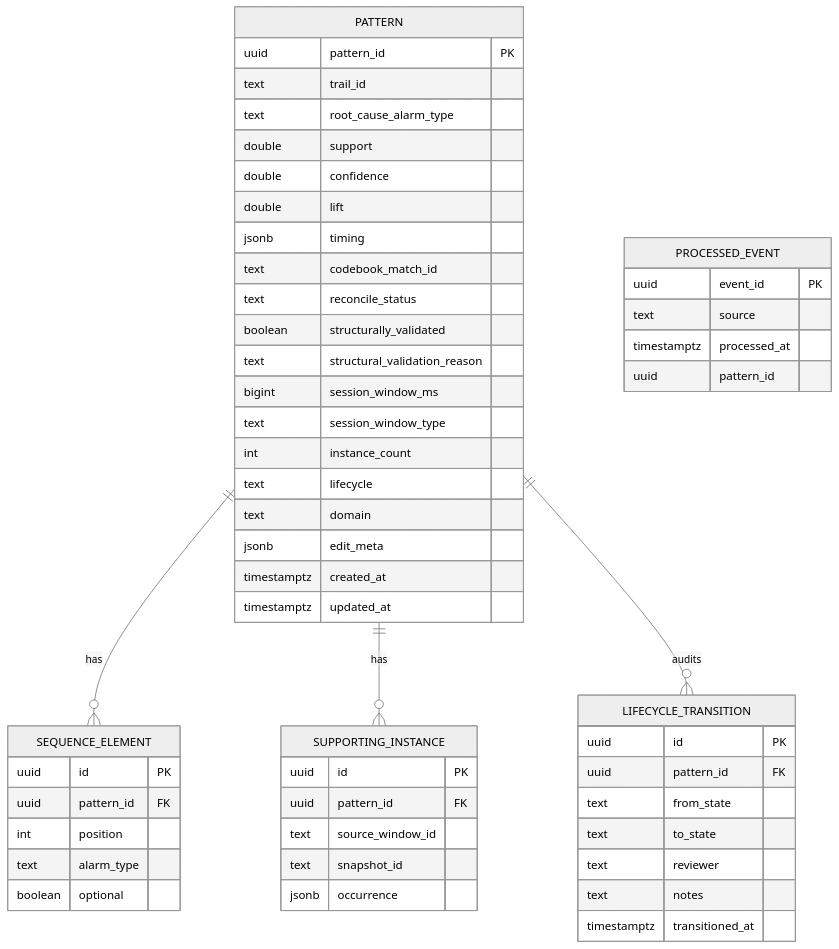
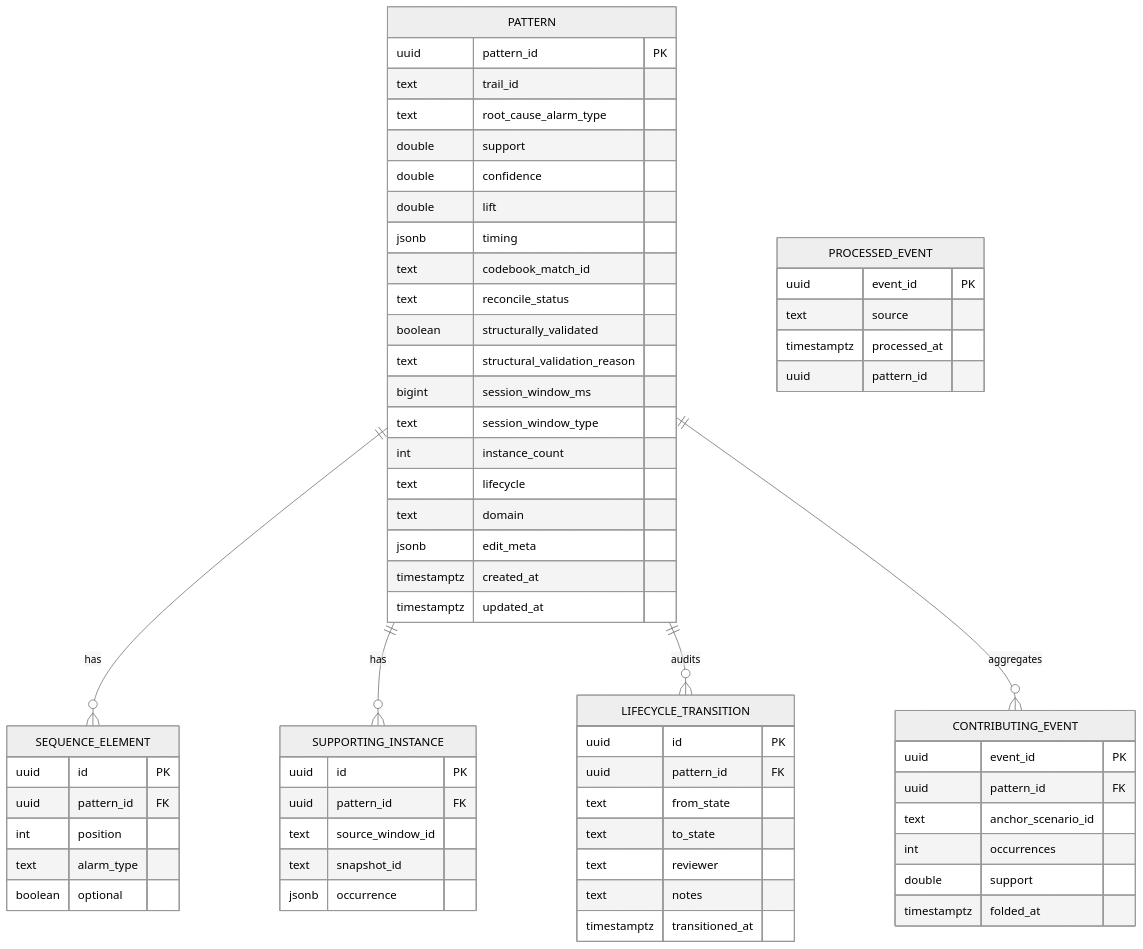
The second of 11 diagrams in services/pattern-manager/design.md (nikhilmohan/correlation-platform), drawn with Mermaid (neutral theme) before and after one commit. The commit also changed other lines of this file, not shown here.

````diff
--- a/services/pattern-manager/design.md
+++ b/services/pattern-manager/design.md
@@ -244,56 +305,65 @@
 ```mermaid
 erDiagram
   PATTERN ||--o{ SEQUENCE_ELEMENT : has
   PATTERN ||--o{ SUPPORTING_INSTANCE : has
   PATTERN ||--o{ LIFECYCLE_TRANSITION : audits
+  PATTERN ||--o{ CONTRIBUTING_EVENT : aggregates
   PROCESSED_EVENT {
     uuid event_id PK
     text source
     timestamptz processed_at
     uuid pattern_id
   }
   PATTERN {
     uuid pattern_id PK
     text trail_id
     text root_cause_alarm_type
     double support
     double confidence
     double lift
     jsonb timing
     text codebook_match_id
     text reconcile_status
     boolean structurally_validated
     text structural_validation_reason
     bigint session_window_ms
     text session_window_type
     int instance_count
     text lifecycle
     text domain
     jsonb edit_meta
     timestamptz created_at
     timestamptz updated_at
   }
   SEQUENCE_ELEMENT {
     uuid id PK
     uuid pattern_id FK
     int position
     text alarm_type
     boolean optional
   }
+  CONTRIBUTING_EVENT {
+    uuid event_id PK
+    uuid pattern_id FK
+    text anchor_scenario_id
+    int occurrences
+    double support
+    timestamptz folded_at
+  }
   SUPPORTING_INSTANCE {
     uuid id PK
     uuid pattern_id FK
     text source_window_id
     text snapshot_id
     jsonb occurrence
   }
   LIFECYCLE_TRANSITION {
     uuid id PK
     uuid pattern_id FK
     text from_state
     text to_state
     text reviewer
     text notes
     timestamptz transitioned_at
   }
 ```
````
